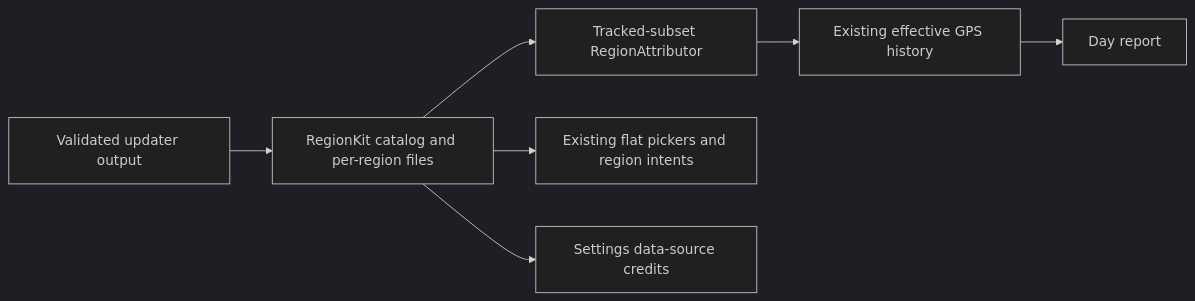
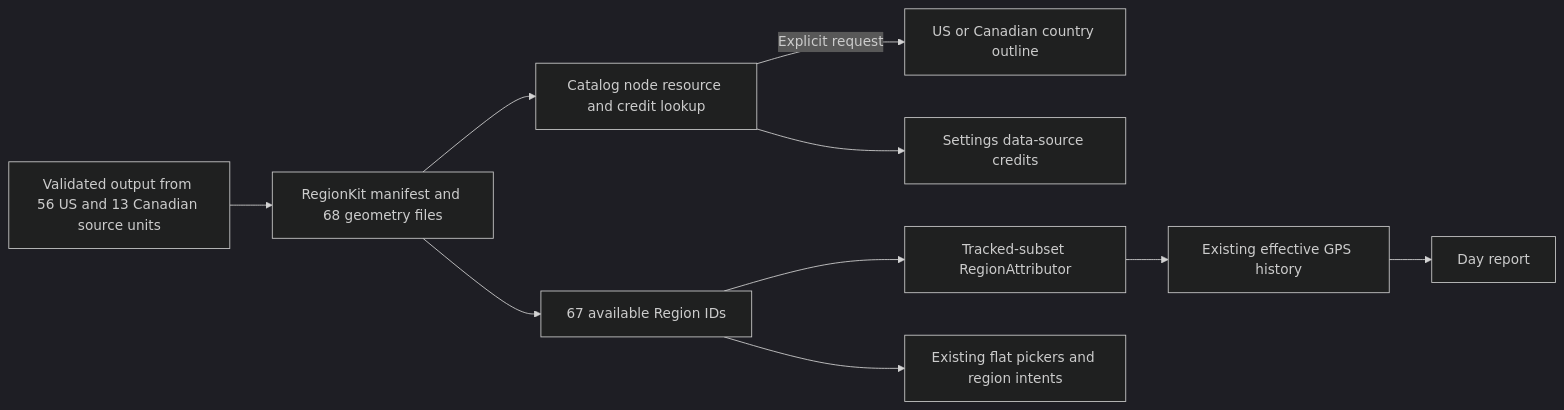
Before and after one commit to kyleve/Stuff: the diagram in Plans/2026-11-22-north-american-regions/03-ship-regions.md, drawn with Mermaid (dark theme). The commit also changed other lines of this file and 3 other files, not shown here.

First line of the commit message:
docs(where): require an outline for every country in RegionKit

````diff
--- a/Plans/2026-11-22-north-american-regions/03-ship-regions.md
+++ b/Plans/2026-11-22-north-american-regions/03-ship-regions.md
@@ -17,9 +17,12 @@
 ```mermaid
 flowchart LR
-    Candidate["Validated updater output"] --> Bundle["RegionKit catalog and per-region files"]
-    Bundle --> A["Tracked-subset RegionAttributor"]
+    Candidate["Validated output from 56 US and 13 Canadian source units"] --> Bundle["RegionKit manifest and 68 geometry files"]
+    Bundle --> Nodes["Catalog node resource and credit lookup"]
+    Nodes -->|Explicit request| Outline["US or Canadian country outline"]
+    Bundle --> Available["67 available Region IDs"]
+    Available --> A["Tracked-subset RegionAttributor"]
     A --> History["Existing effective GPS history"]
     History --> Report["Day report"]
-    Bundle --> List["Existing flat pickers and region intents"]
-    Bundle --> About["Settings data-source credits"]
+    Available --> List["Existing flat pickers and region intents"]
+    Nodes --> About["Settings data-source credits"]
 ```
````
